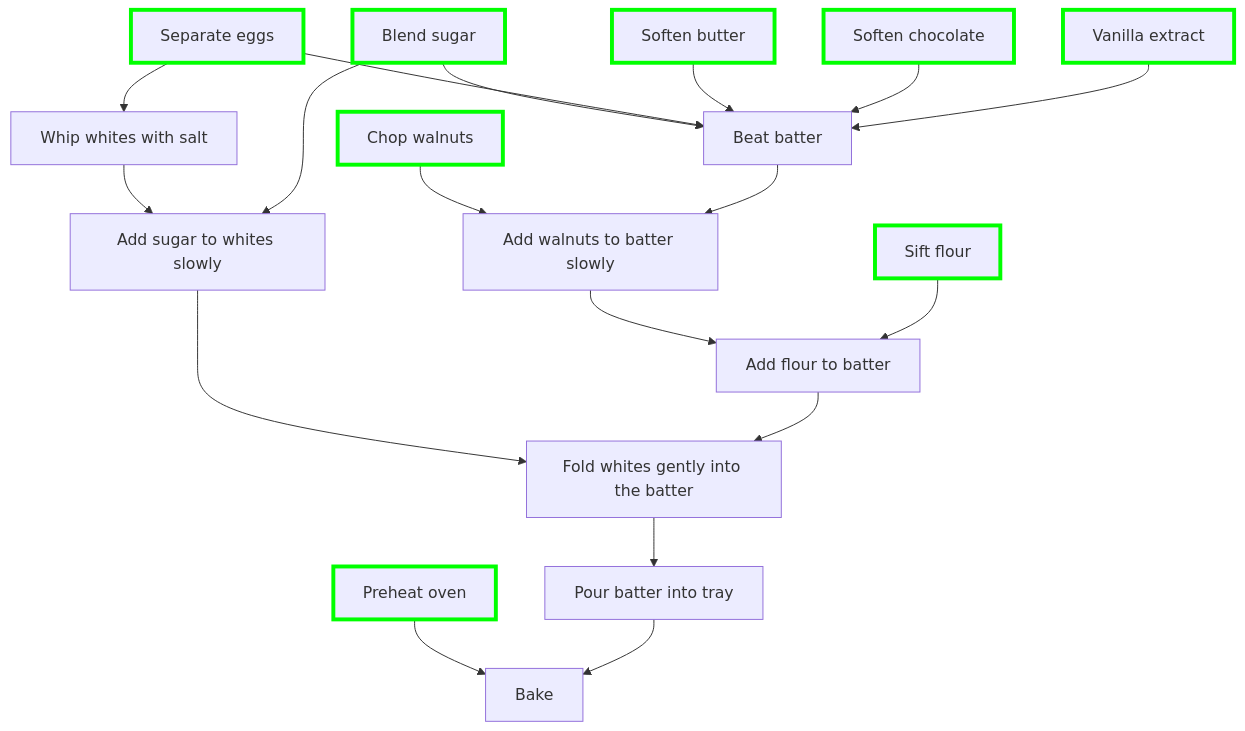
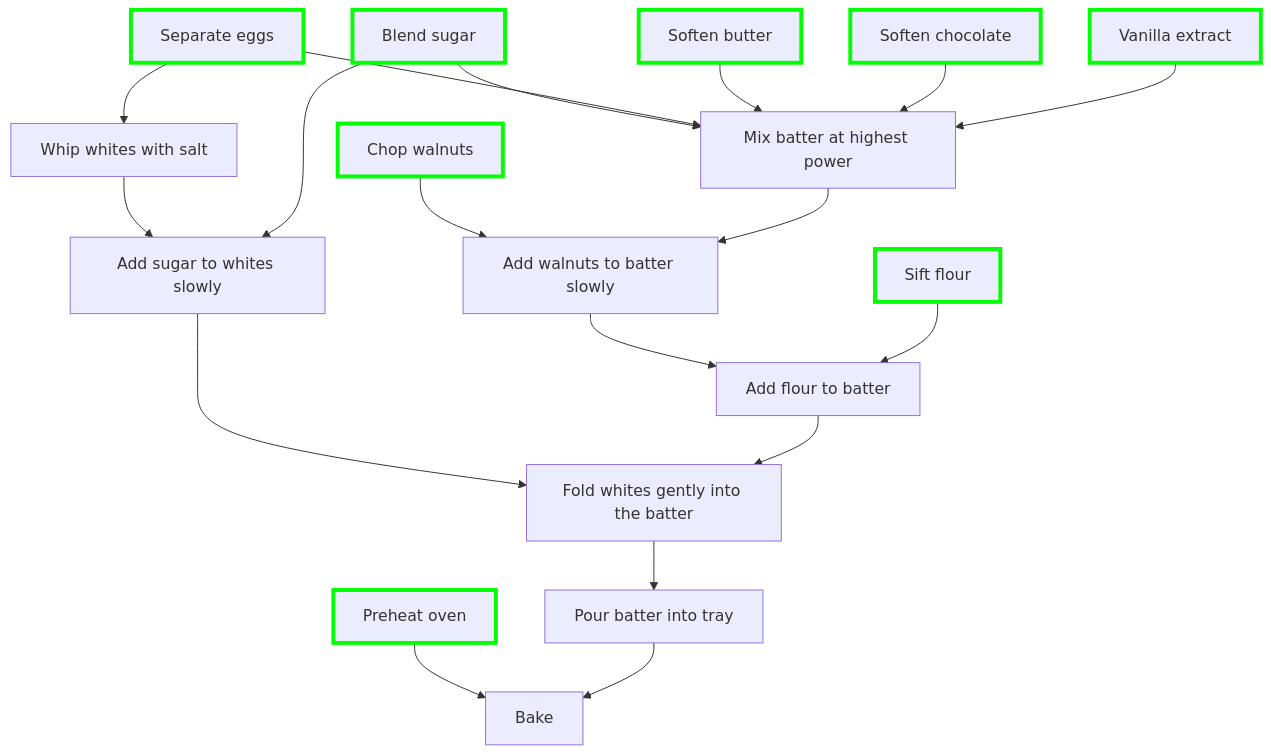
The diagram in recipes/zamorcek/index.md (urbas/recipes), drawn with Mermaid before and after one commit.

Commit message:
Beat batter -> mix batter

````diff
--- a/recipes/zamorcek/index.md
+++ b/recipes/zamorcek/index.md
@@ -62,22 +62,22 @@
 ```mermaid
 graph TD
     Preheat[Preheat oven] --> Bake[Bake]
     Chop[Chop walnuts] --> AddWalnuts[Add walnuts to batter slowly]
-    Beat[Beat batter] --> AddWalnuts
+    MixBatter[Mix batter at highest power] --> AddWalnuts
     AddWalnuts --> AddFlour[Add flour to batter]
     Sift[Sift flour] --> AddFlour
     Separate --> Whip[Whip whites with salt]
-    Blend[Blend sugar] --> Beat
-    Separate[Separate eggs] --> Beat
-    SoftenButter[Soften butter] --> Beat
-    SoftenChoc[Soften chocolate] --> Beat
-    Vanilla[Vanilla extract] --> Beat
+    Blend[Blend sugar] --> MixBatter
+    Separate[Separate eggs] --> MixBatter
+    SoftenButter[Soften butter] --> MixBatter
+    SoftenChoc[Soften chocolate] --> MixBatter
+    Vanilla[Vanilla extract] --> MixBatter
     Whip --> AddSugar[Add sugar to whites slowly]
     Blend --> AddSugar
     AddSugar --> Fold[Fold whites gently into the batter]
     AddFlour --> Fold
     Fold --> PourBatter[Pour batter into tray]
     PourBatter --> Bake
     classDef inputClass stroke:#00ff00,stroke-width:4px;
     class Preheat,Chop,Blend,SoftenButter,SoftenChoc,Separate,Sift,Vanilla inputClass;
 ```
````
